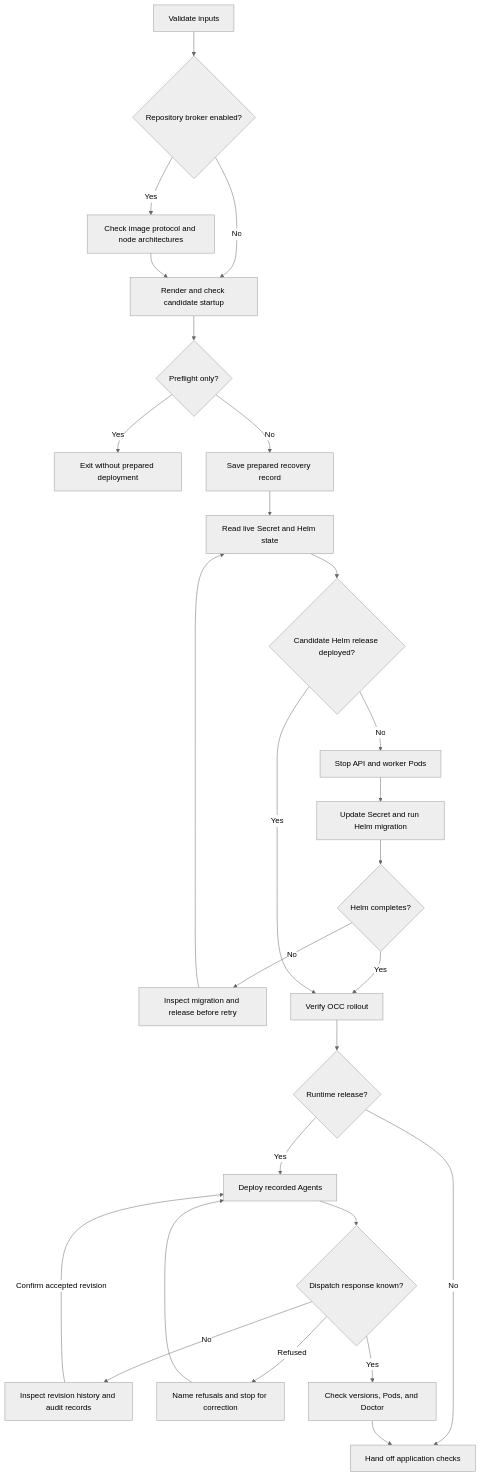
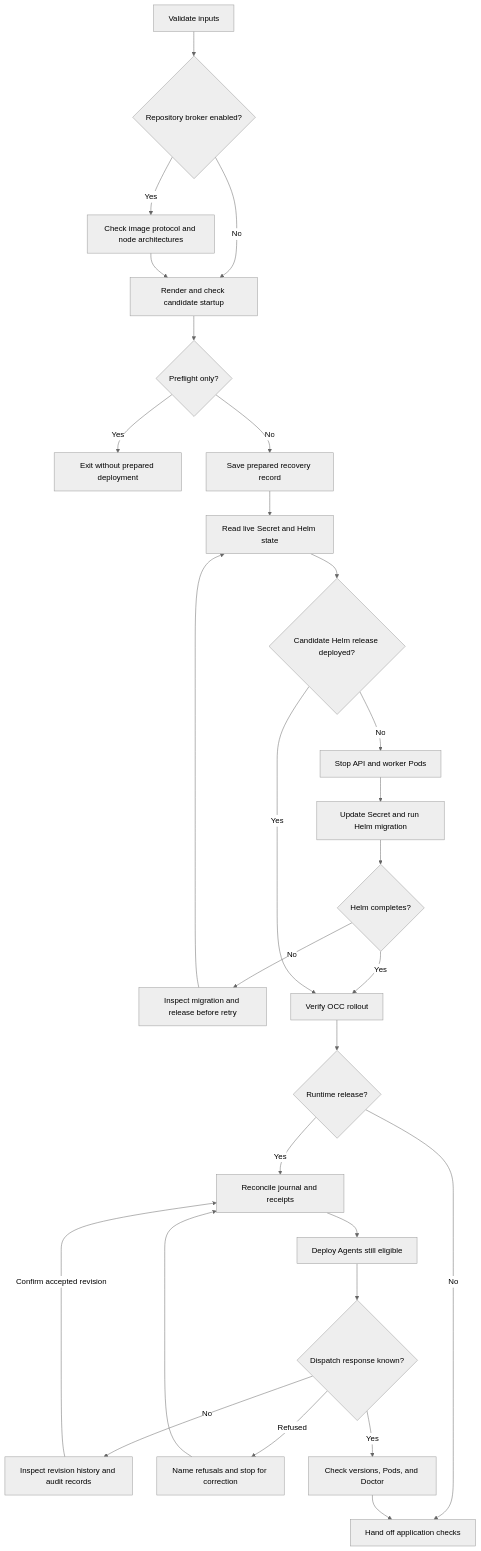
The diagram in docs/flows/coordinated-production-upgrade.md (openclaw/openclaw-enterprise), drawn with Mermaid (neutral theme) before and after one commit. The commit also changed other lines of this file and 5 other files, not shown here.

````diff
--- a/docs/flows/coordinated-production-upgrade.md
+++ b/docs/flows/coordinated-production-upgrade.md
@@ -29,29 +29,30 @@
 ```mermaid
 graph TD
     A["Validate inputs"] --> Q{"Repository broker enabled?"}
     Q -->|Yes| P["Check image protocol and node architectures"]
     Q -->|No| B["Render and check candidate startup"]
     P --> B
     B --> R{"Preflight only?"}
     R -->|Yes| S["Exit without prepared deployment"]
     R -->|No| T["Save prepared recovery record"]
     T --> C["Read live Secret and Helm state"]
     C --> D{"Candidate Helm release deployed?"}
     D -->|No| E["Stop API and worker Pods"]
     E --> F["Update Secret and run Helm migration"]
     F --> G{"Helm completes?"}
     G -->|No| H["Inspect migration and release before retry"]
     H --> C
     G -->|Yes| I["Verify OCC rollout"]
     D -->|Yes| I
     I --> J{"Runtime release?"}
     J -->|No| K["Hand off application checks"]
-    J -->|Yes| L["Deploy recorded Agents"]
+    J -->|Yes| W["Reconcile journal and receipts"]
+    W --> L["Deploy Agents still eligible"]
     L --> M{"Dispatch response known?"}
     M -->|No| N["Inspect revision history and audit records"]
-    N -->|"Confirm accepted revision"| L
+    N -->|"Confirm accepted revision"| W
     M -->|Refused| U["Name refusals and stop for correction"]
-    U --> L
+    U --> W
     M -->|Yes| O["Check versions, Pods, and Doctor"]
     O --> K
 ```
````
